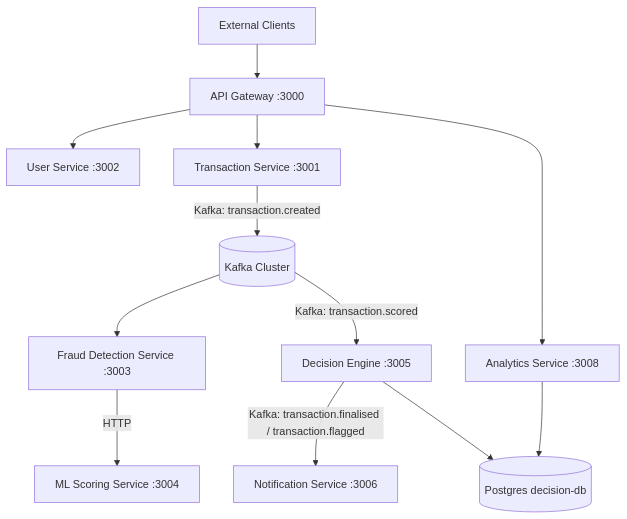
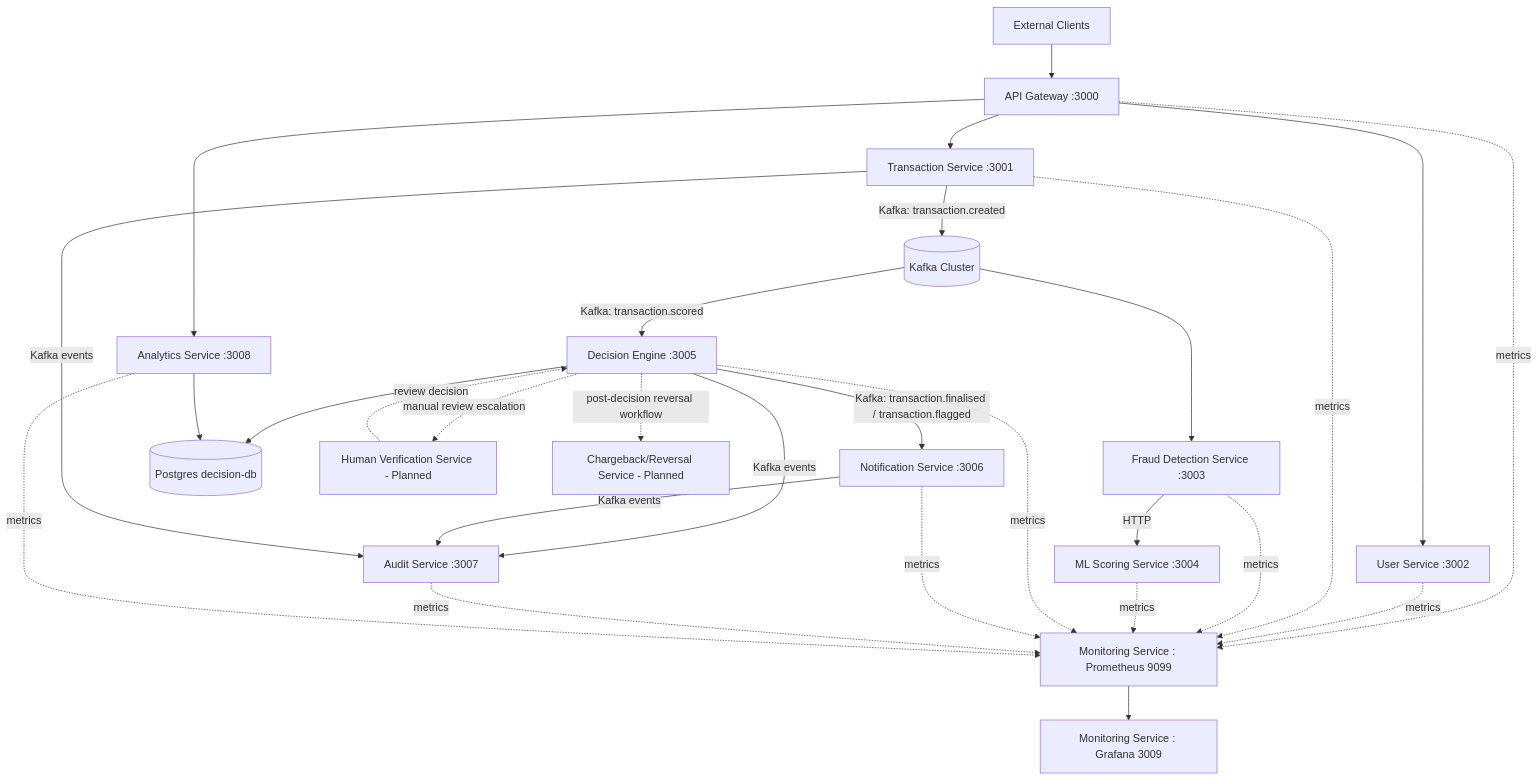
Before and after one commit to Naren3333/fraud-detection-system: the diagram in README.md, drawn with Mermaid. The commit also changed other lines of this file and 3 other files, not shown here.

````diff
--- a/README.md
+++ b/README.md
@@ -7,18 +7,36 @@
 ```mermaid
 flowchart TD
     Client[External Clients] --> Gateway[API Gateway :3000]
 
     Gateway --> User[User Service :3002]
     Gateway --> Transaction[Transaction Service :3001]
     Gateway --> Analytics[Analytics Service :3008]
 
     Transaction -- "Kafka: transaction.created" --> Kafka[(Kafka Cluster)]
     Kafka --> Fraud[Fraud Detection Service :3003]
     Fraud -- "HTTP" --> ML[ML Scoring Service :3004]
 
     Kafka -- "Kafka: transaction.scored" --> Decision[Decision Engine :3005]
     Decision -- "Kafka: transaction.finalised / transaction.flagged" --> Notification[Notification Service :3006]
+    Decision -- "Kafka events" --> Audit[Audit Service :3007]
+    Notification -- "Kafka events" --> Audit
+    Transaction -- "Kafka events" --> Audit
 
     Decision --> DecisionDB[(Postgres decision-db)]
     Analytics --> DecisionDB
+
+    Gateway -. "metrics" .-> Prometheus[Monitoring Service : Prometheus 9099]
+    User -. "metrics" .-> Prometheus
+    Transaction -. "metrics" .-> Prometheus
+    Fraud -. "metrics" .-> Prometheus
+    ML -. "metrics" .-> Prometheus
+    Decision -. "metrics" .-> Prometheus
+    Notification -. "metrics" .-> Prometheus
+    Audit -. "metrics" .-> Prometheus
+    Analytics -. "metrics" .-> Prometheus
+    Prometheus --> Grafana[Monitoring Service : Grafana 3009]
+
+    Decision -. "manual review escalation" .-> HumanVerify[Human Verification Service - Planned]
+    HumanVerify -. "review decision" .-> Decision
+    Decision -. "post-decision reversal workflow" .-> Chargeback[Chargeback/Reversal Service - Planned]
 ```
````
